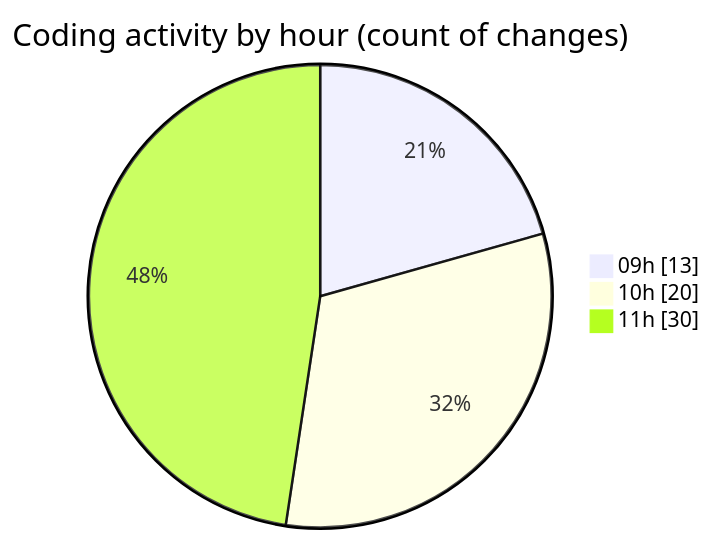
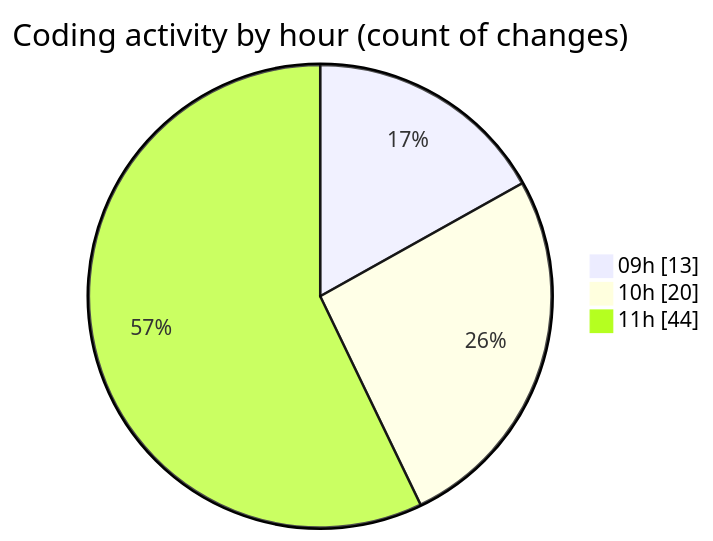
One commit to momahboobian/code-tracking changed the second of 2 diagrams in 2026-04-29/cda/README.md. Above: the diagram before and after it, drawn with Mermaid. The commit also changed other lines of this file and 1 other file, not shown here.

````diff
--- a/2026-04-29/cda/README.md
+++ b/2026-04-29/cda/README.md
@@ -40,7 +42,7 @@
 ```mermaid
 pie showData
 title Coding activity by hour (count of changes)
 "09h" : 13
 "10h" : 20
-"11h" : 30
+"11h" : 44
 ```
````
